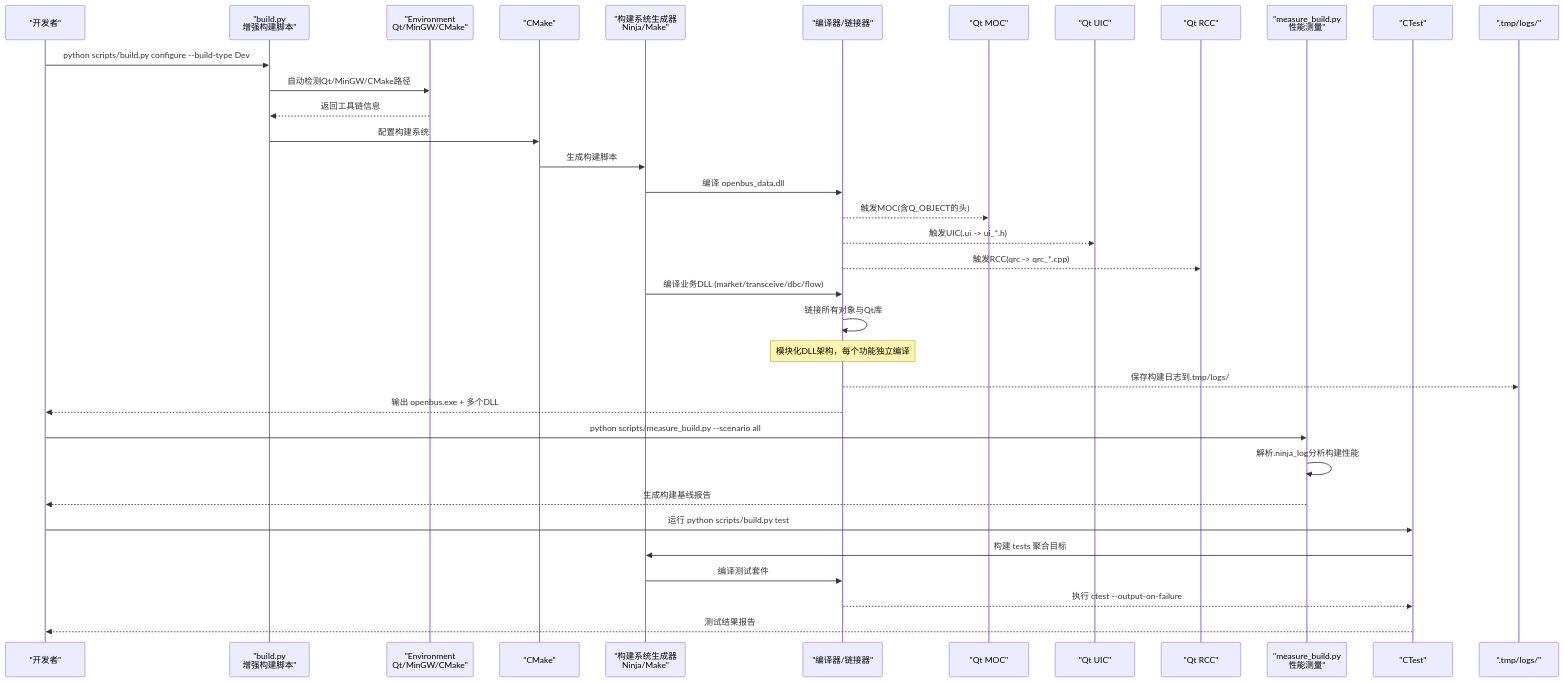
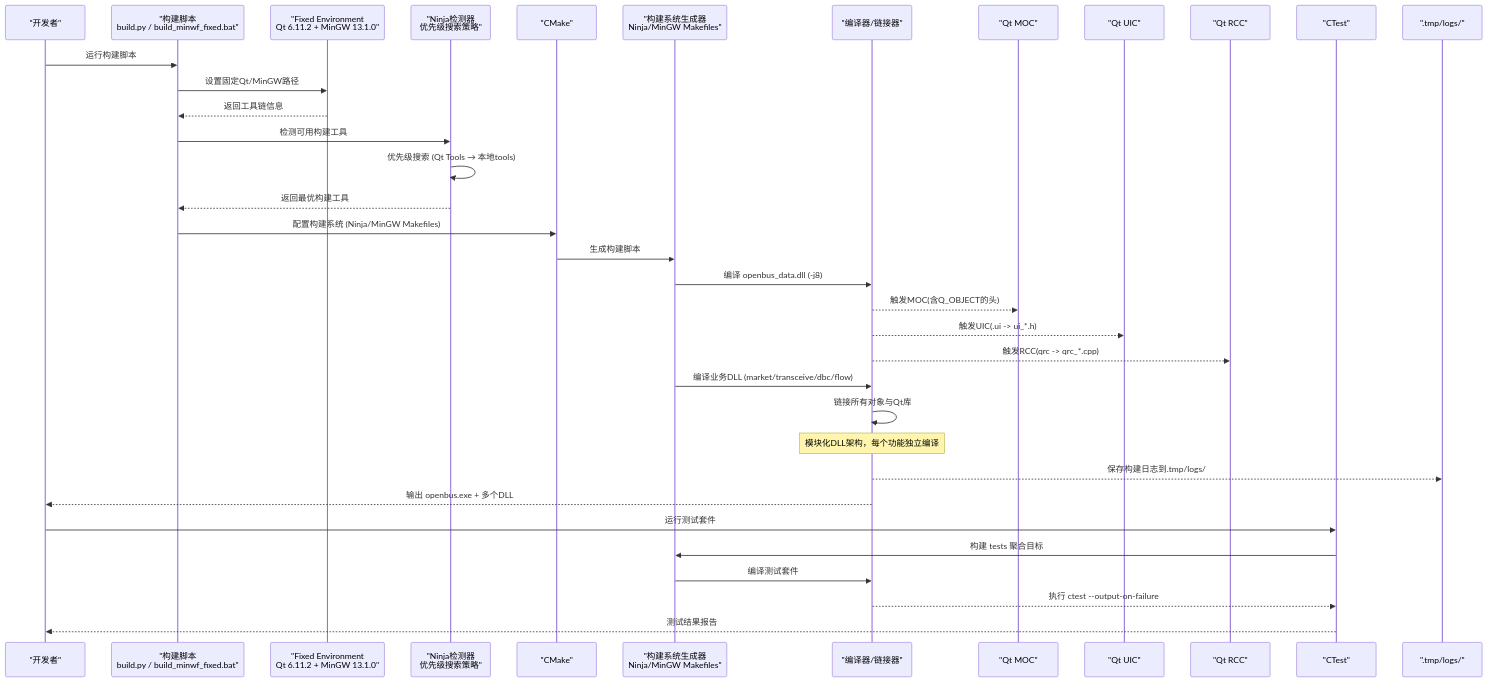
The second of 5 diagrams in .qoder/repowiki/zh/content/构建和部署/构建流程/构建流程.md (jakecai1225-design/OpenBus), drawn with Mermaid before and after one commit. The commit also changed other lines of this file and 11 other files, not shown here.

````diff
--- a/.qoder/repowiki/zh/content/构建和部署/构建流程/构建流程.md
+++ b/.qoder/repowiki/zh/content/构建和部署/构建流程/构建流程.md
@@ -161,37 +151,37 @@
 ```mermaid
 sequenceDiagram
 participant Dev as "开发者"
-participant BuildScript as "build.py<br/>增强构建脚本"
-participant Env as "Environment<br/>Qt/MinGW/CMake"
+participant BuildScript as "构建脚本<br/>build.py / build_minwf_fixed.bat"
+participant Env as "Fixed Environment<br/>Qt 6.11.2 + MinGW 13.1.0"
+participant NinjaDetect as "Ninja检测器<br/>优先级搜索策略"
 participant CMake as "CMake"
-participant Generator as "构建系统生成器<br/>Ninja/Make"
+participant Generator as "构建系统生成器<br/>Ninja/MinGW Makefiles"
 participant CC as "编译器/链接器"
 participant MOC as "Qt MOC"
 participant UIC as "Qt UIC"
 participant RCC as "Qt RCC"
-participant Measure as "measure_build.py<br/>性能测量"
 participant Test as "CTest"
 participant Logs as ".tmp/logs/"
-Dev->>BuildScript : python scripts/build.py configure --build-type Dev
-BuildScript->>Env : 自动检测Qt/MinGW/CMake路径
+Dev->>BuildScript : 运行构建脚本
+BuildScript->>Env : 设置固定Qt/MinGW路径
 Env-->>BuildScript : 返回工具链信息
-BuildScript->>CMake : 配置构建系统
+BuildScript->>NinjaDetect : 检测可用构建工具
+NinjaDetect->>NinjaDetect : 优先级搜索 (Qt Tools → 本地tools)
+NinjaDetect-->>BuildScript : 返回最优构建工具
+BuildScript->>CMake : 配置构建系统 (Ninja/MinGW Makefiles)
 CMake->>Generator : 生成构建脚本
-Generator->>CC : 编译 openbus_data.dll
+Generator->>CC : 编译 openbus_data.dll (-j8)
 CC-->>MOC : 触发MOC(含Q_OBJECT的头)
 CC-->>UIC : 触发UIC(.ui -> ui_*.h)
 CC-->>RCC : 触发RCC(qrc -> qrc_*.cpp)
 Generator->>CC : 编译业务DLL (market/transceive/dbc/flow)
 CC->>CC : 链接所有对象与Qt库
 Note over CC : 模块化DLL架构，每个功能独立编译
 CC-->>Logs : 保存构建日志到.tmp/logs/
 CC-->>Dev : 输出 openbus.exe + 多个DLL
-Dev->>Measure : python scripts/measure_build.py --scenario all
-Measure->>Measure : 解析.ninja_log分析构建性能
-Measure-->>Dev : 生成构建基线报告
-Dev->>Test : 运行 python scripts/build.py test
+Dev->>Test : 运行测试套件
 Test->>Generator : 构建 tests 聚合目标
 Generator->>CC : 编译测试套件
 CC-->>Test : 执行 ctest --output-on-failure
 Test-->>Dev : 测试结果报告
 ```
````
